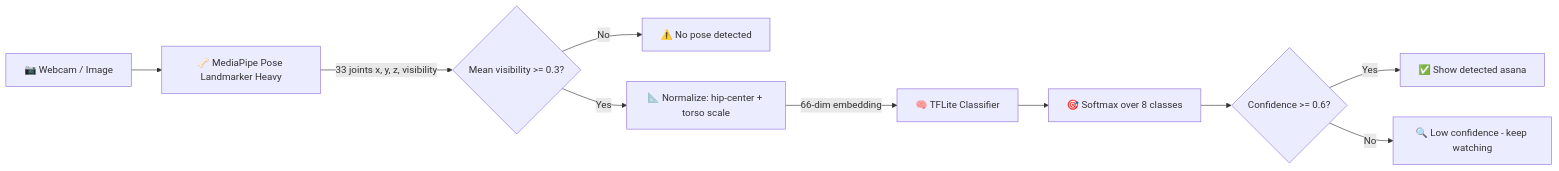
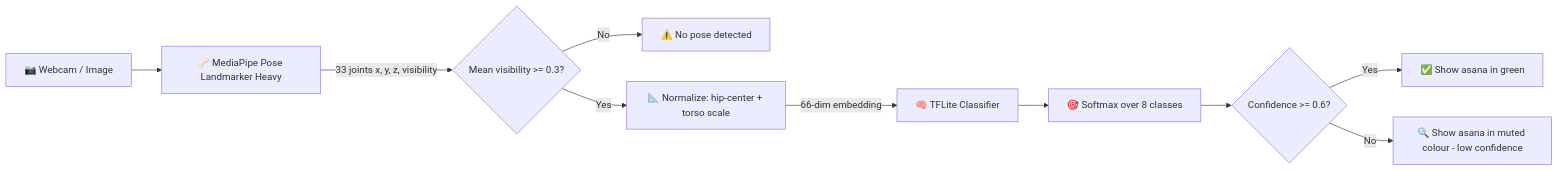
One commit to maddypandy76/Asana-Sense changed the first of 3 diagrams in README.md. Above: the diagram before and after it, drawn with Mermaid. The commit also changed other lines of this file, not shown here.

````diff
--- a/README.md
+++ b/README.md
@@ -68,12 +111,12 @@
 ```mermaid
 flowchart LR
     A[📷 Webcam / Image] --> B[🦴 MediaPipe Pose Landmarker Heavy]
     B -->|33 joints x, y, z, visibility| C{Mean visibility >= 0.3?}
     C -- No --> D[⚠️ No pose detected]
     C -- Yes --> E[📐 Normalize: hip-center + torso scale]
     E -->|66-dim embedding| F[🧠 TFLite Classifier]
     F --> G[🎯 Softmax over 8 classes]
     G --> H{Confidence >= 0.6?}
-    H -- Yes --> I[✅ Show detected asana]
-    H -- No --> J[🔍 Low confidence - keep watching]
+    H -- Yes --> I[✅ Show asana in green]
+    H -- No --> J[🔍 Show asana in muted colour - low confidence]
 ```
````
